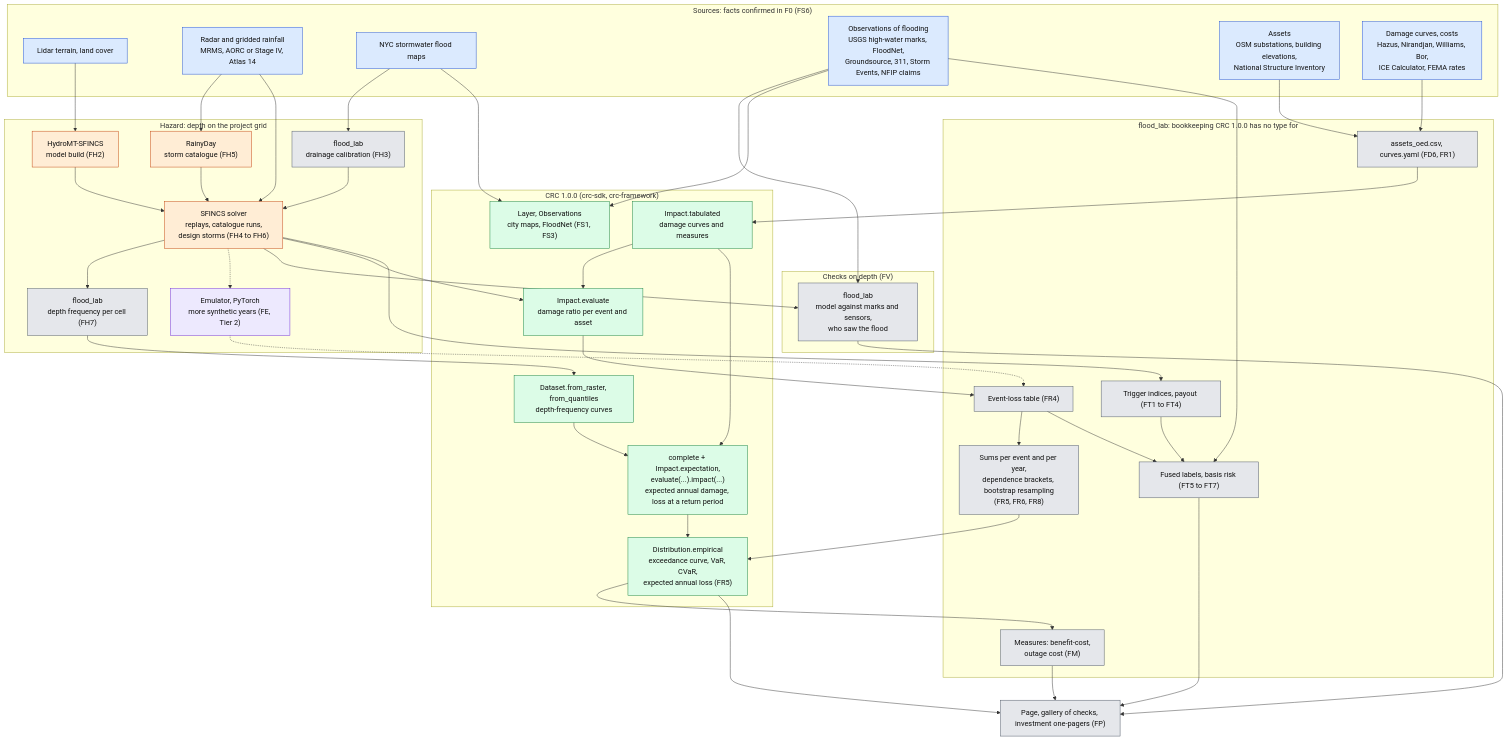
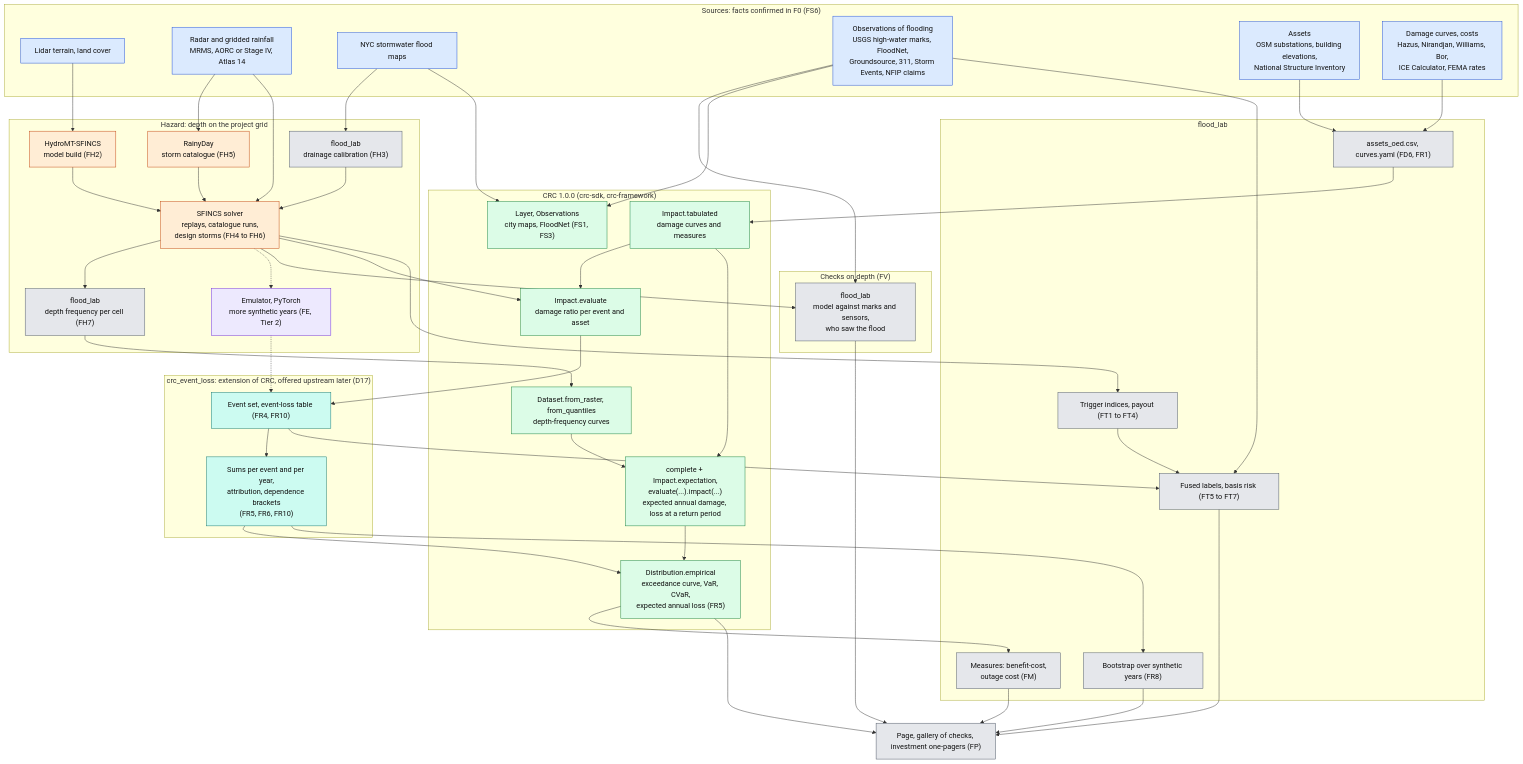
Before and after one commit to shlyakh/crc-lab: the first of 2 diagrams in docs/flood/requirements.md, drawn with Mermaid. The commit also changed other lines of this file and 3 other files, not shown here.

Commit message:
Flood requirements version 2: event-loss table and dependent aggregation built as an extension of CRC, crc_event_loss, with a design note for upstream (CH-2)

```diff
--- a/docs/flood/requirements.md
+++ b/docs/flood/requirements.md
@@ -110,11 +111,15 @@
     C6["Distribution.empirical<br/>exceedance curve, VaR, CVaR,<br/>expected annual loss (FR5)"]
   end
 
-  subgraph OWN["flood_lab: bookkeeping CRC 1.0.0 has no type for"]
+  subgraph EXT["crc_event_loss: extension of CRC, offered upstream later (D17)"]
+    L1["Event set, event-loss table (FR4, FR10)"]
+    L2["Sums per event and per year,<br/>attribution, dependence brackets<br/>(FR5, FR6, FR10)"]
+  end
+
+  subgraph OWN["flood_lab"]
     A1["assets_oed.csv, curves.yaml (FD6, FR1)"]
-    L1["Event-loss table (FR4)"]
-    L2["Sums per event and per year,<br/>dependence brackets, bootstrap resampling<br/>(FR5, FR6, FR8)"]
     L3["Measures: benefit-cost,<br/>outage cost (FM)"]
+    L4["Bootstrap over synthetic years (FR8)"]
     T1["Trigger indices, payout (FT1 to FT4)"]
     T2["Fused labels, basis risk (FT5 to FT7)"]
   end
@@ -148,6 +153,8 @@
   L2 --> C6
   C4 --> C6
   C6 --> L3
+  L2 --> L4
+  L4 --> OUT
   H3 --> T1
   S4 --> T2
   T1 --> T2
@@ -163,7 +170,9 @@
   classDef crc fill:#dcfce7,stroke:#15803d,color:#111
   classDef emu fill:#ede9fe,stroke:#6d28d9,color:#111
   class S1,S2,S3,S4,S5,S6 src
-  class H4,H5,V1,A1,L1,L2,L3,T1,T2,OUT own
+  classDef ext fill:#ccfbf1,stroke:#0f766e,color:#111
+  class H4,H5,V1,A1,L3,L4,T1,T2,OUT own
+  class L1,L2 ext
   class H1,H2,H3 solver
   class C1,C2,C3,C4,C5,C6 crc
   class H6 emu
```
